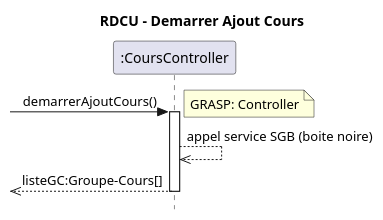
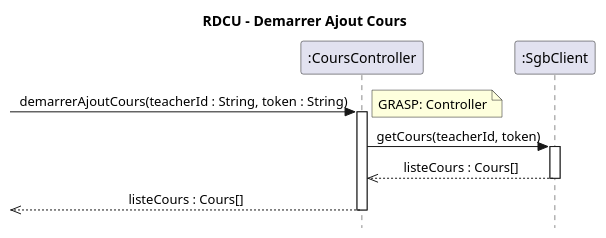
The diagram in docs/modeles/cu01/rdcu-demarrerAjoutCours.puml (xMrYahya/moodle-clone), drawn with PlantUML before and after one commit. The commit also changed 2 other files, not shown here.

```diff
--- a/docs/modeles/cu01/rdcu-demarrerAjoutCours.puml
+++ b/docs/modeles/cu01/rdcu-demarrerAjoutCours.puml
@@ -1,14 +1,18 @@
 @startuml
 title RDCU - Demarrer Ajout Cours
 skinparam Style strictuml
 skinparam sequenceMessageAlign center
 
 participant ":CoursController" as coursController
+participant ":SgbClient" as sgbClient
 
--> coursController : demarrerAjoutCours()
+-> coursController : demarrerAjoutCours(teacherId : String, token : String)
 note right: GRASP: Controller
 activate coursController
-coursController -->> coursController : appel service SGB (boite noire)
-<<-- coursController : listeGC:Groupe-Cours[]
+coursController -> sgbClient : getCours(teacherId, token)
+activate sgbClient
+sgbClient -->> coursController : listeCours : Cours[]
+deactivate sgbClient
+<<-- coursController : listeCours : Cours[]
 deactivate coursController
 @enduml
```
